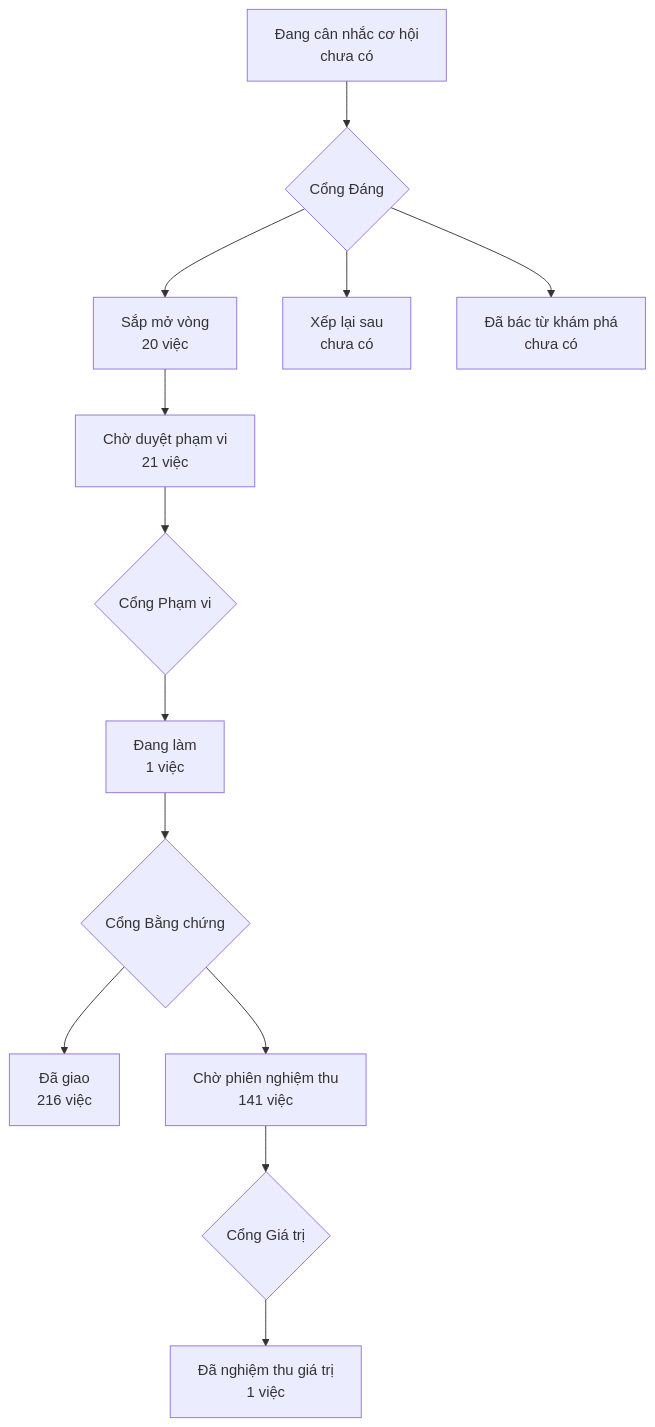
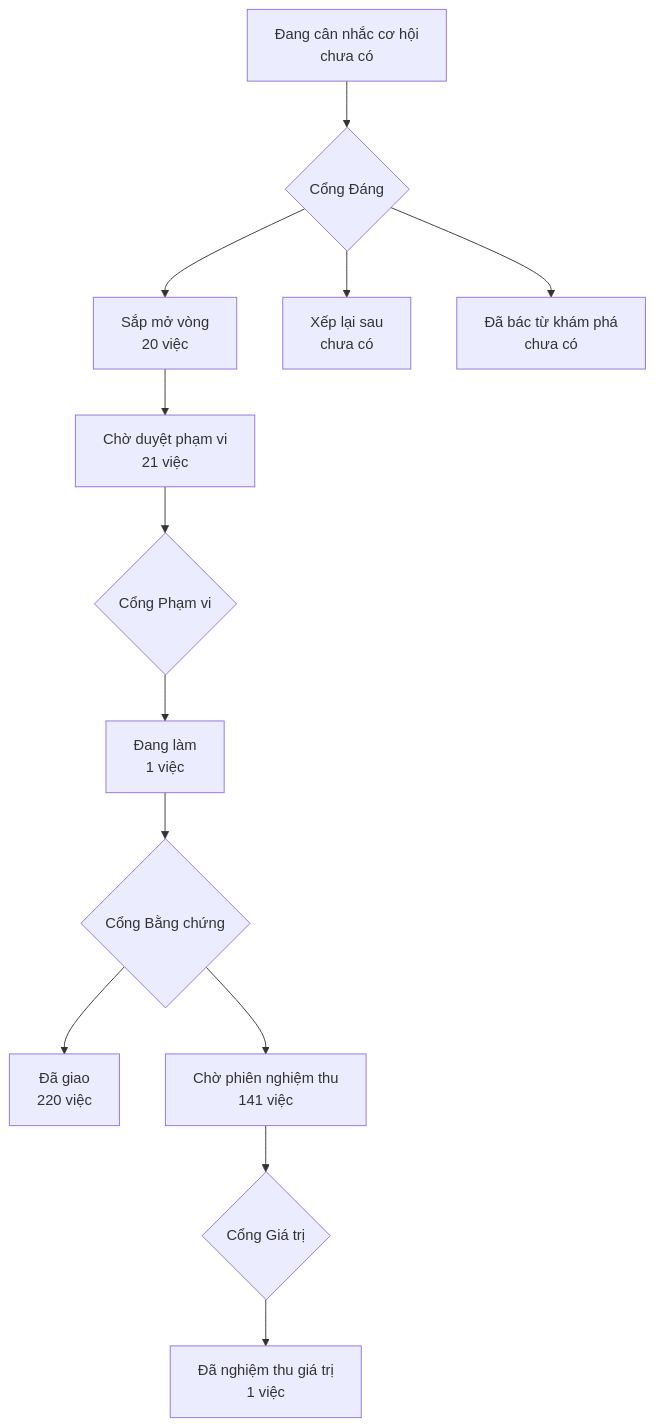
One commit to phanlemanh/onehub-invest changed the diagram in PRODUCT-MAP.md. Above: the diagram before and after it, drawn with Mermaid. The commit also changed other lines of this file and 1 other file, not shown here.

````diff
--- a/PRODUCT-MAP.md
+++ b/PRODUCT-MAP.md
@@ -7,12 +7,12 @@
 ```mermaid
 flowchart TD
   A["Đang cân nhắc cơ hội<br/>chưa có"] --> GD{"Cổng Đáng"}
   GD --> B["Sắp mở vòng<br/>20 việc"]
   GD --> XL["Xếp lại sau<br/>chưa có"]
   GD --> DB["Đã bác từ khám phá<br/>chưa có"]
   B --> CD["Chờ duyệt phạm vi<br/>21 việc"] --> GP{"Cổng Phạm vi"}
   GP --> DL["Đang làm<br/>1 việc"] --> GB{"Cổng Bằng chứng"}
-  GB --> DG["Đã giao<br/>216 việc"]
+  GB --> DG["Đã giao<br/>220 việc"]
   GB --> CN["Chờ phiên nghiệm thu<br/>141 việc"] --> GG{"Cổng Giá trị"}
   GG --> NT["Đã nghiệm thu giá trị<br/>1 việc"]
 ```
````
